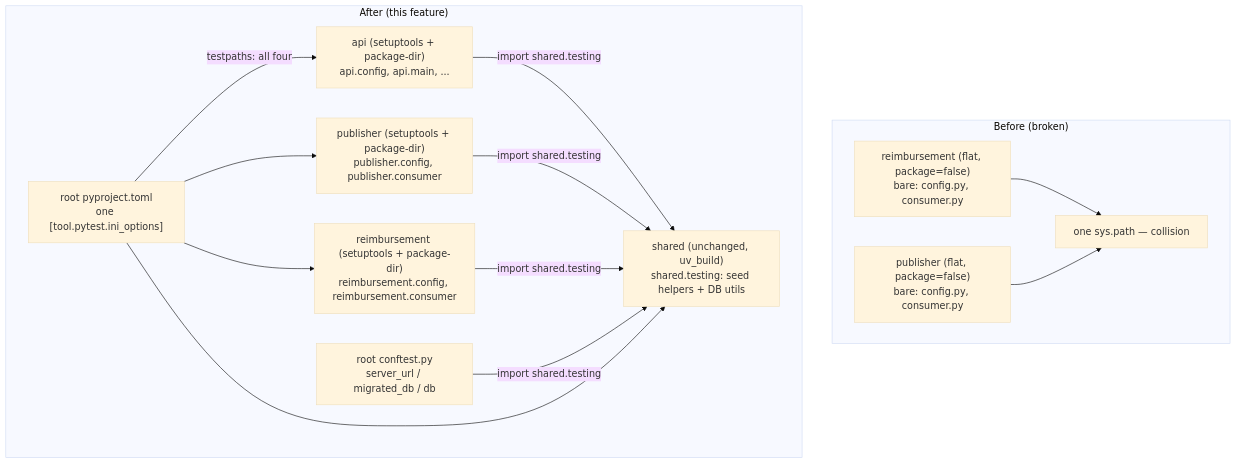
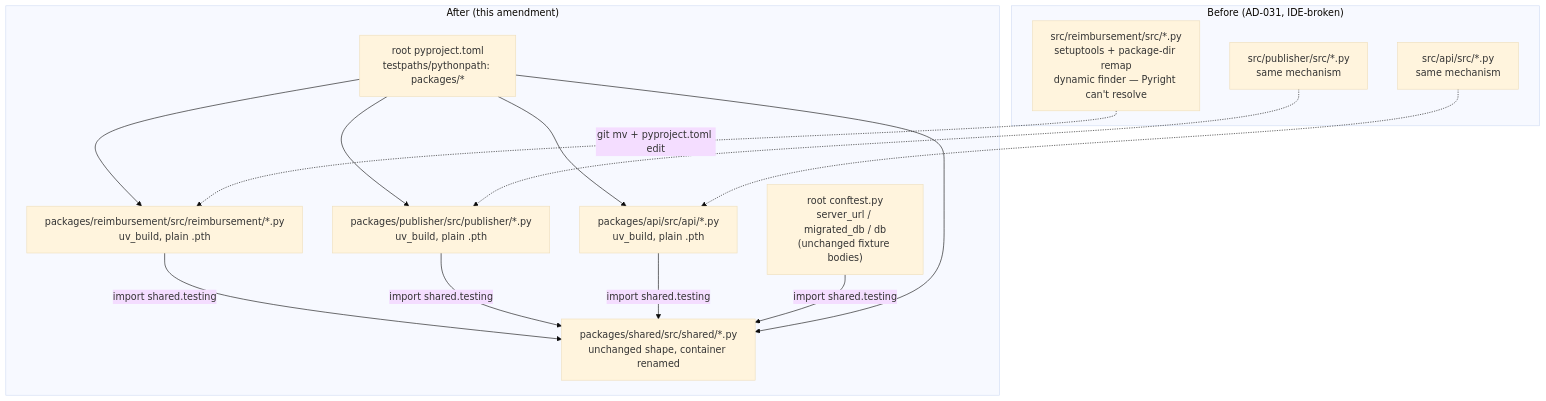
Before and after one commit to flaviosv/reimbursement-analyzer: the diagram in .specs/features/refactoring-package-namespacing/design.md, drawn with Mermaid (base theme). The commit also changed other lines of this file and 1 other file, not shown here.

Commit message:
docs(specs): amend refactoring-package-namespacing design/tasks — correct AD-031 layout

````diff
--- a/.specs/features/refactoring-package-namespacing/design.md
+++ b/.specs/features/refactoring-package-namespacing/design.md
@@ -14,28 +27,30 @@
 ```mermaid
 graph TD
-    subgraph "Before (broken)"
-        B1["reimbursement (flat, package=false)<br/>bare: config.py, consumer.py"]
-        B2["publisher (flat, package=false)<br/>bare: config.py, consumer.py"]
-        B3["one sys.path — collision"]
-        B1 --> B3
-        B2 --> B3
+    subgraph "Before (AD-031, IDE-broken)"
+        B1["src/reimbursement/src/*.py<br/>setuptools + package-dir remap<br/>dynamic finder — Pyright can't resolve"]
+        B2["src/publisher/src/*.py<br/>same mechanism"]
+        B3["src/api/src/*.py<br/>same mechanism"]
     end
 
-    subgraph "After (this feature)"
-        A1["api (setuptools + package-dir)<br/>api.config, api.main, ..."]
-        A2["publisher (setuptools + package-dir)<br/>publisher.config, publisher.consumer"]
-        A3["reimbursement (setuptools + package-dir)<br/>reimbursement.config, reimbursement.consumer"]
-        A4["shared (unchanged, uv_build)<br/>shared.testing: seed helpers + DB utils"]
-        RC["root conftest.py<br/>server_url / migrated_db / db"]
-        RP["root pyproject.toml<br/>one [tool.pytest.ini_options]"]
+    subgraph "After (this amendment)"
+        A1["packages/reimbursement/src/reimbursement/*.py<br/>uv_build, plain .pth"]
+        A2["packages/publisher/src/publisher/*.py<br/>uv_build, plain .pth"]
+        A3["packages/api/src/api/*.py<br/>uv_build, plain .pth"]
+        A4["packages/shared/src/shared/*.py<br/>unchanged shape, container renamed"]
+        RC["root conftest.py<br/>server_url / migrated_db / db<br/>(unchanged fixture bodies)"]
+        RP["root pyproject.toml<br/>testpaths/pythonpath: packages/*"]
 
         A1 -->|import shared.testing| A4
         A2 -->|import shared.testing| A4
         A3 -->|import shared.testing| A4
         RC -->|import shared.testing| A4
-        RP -->|testpaths: all four| A1
+        RP --> A1
         RP --> A2
         RP --> A3
         RP --> A4
     end
+
+    B1 -.->|"git mv + pyproject.toml edit"| A1
+    B2 -.-> A2
+    B3 -.-> A3
 ```
````
